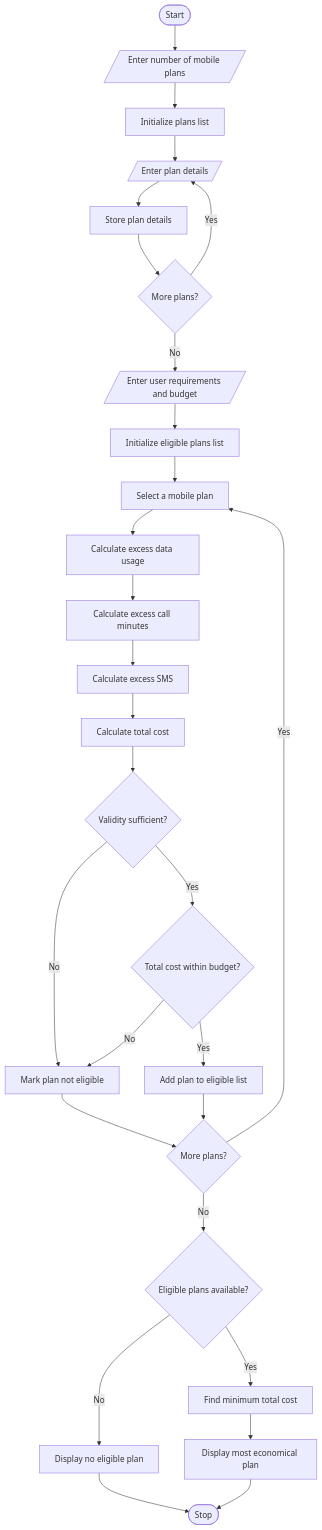
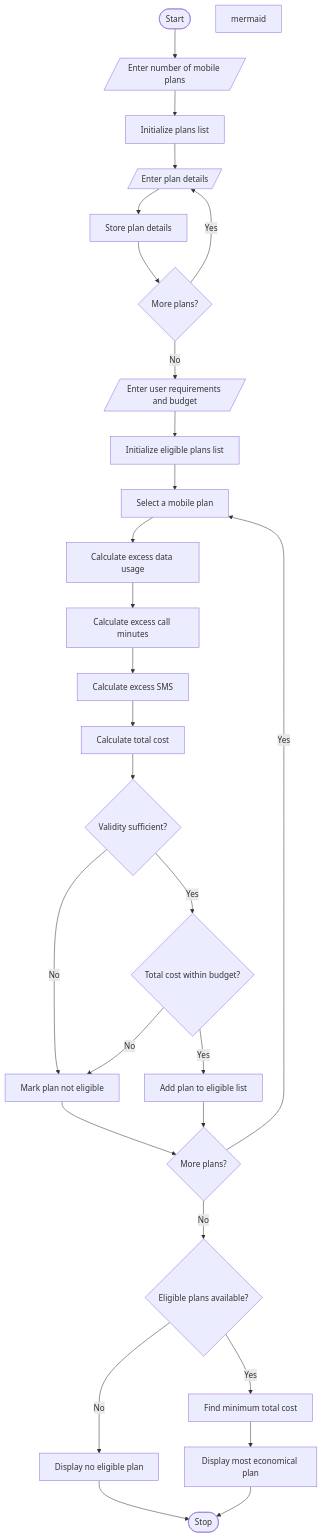
Before and after one commit to chvarshini00/2026-27_231pythonprogrmming: the diagram in task-1/code.md, drawn with Mermaid.

Commit message:
Include Mermaid flowchart in code documentation
Added Mermaid flowchart code for mobile plans evaluation.

`````diff
--- a/task-1/code.md
+++ b/task-1/code.md
@@ -135,30 +135,35 @@
 ``` mermaid
+
     flowchart TD
     A([Start]) --> B[/Enter number of mobile plans/]
     B --> C[Initialize plans list]
     C --> D[/Enter plan details/]
     D --> E[Store plan details]
     E --> F{More plans?}
     F -->|Yes| D
     F -->|No| G[/Enter user requirements and budget/]
     G --> H[Initialize eligible plans list]
     H --> I[Select a mobile plan]
     I --> J[Calculate excess data usage]
     J --> K[Calculate excess call minutes]
     K --> L[Calculate excess SMS]
     L --> M[Calculate total cost]
     M --> N{Validity sufficient?}
     N -->|No| O[Mark plan not eligible]
     N -->|Yes| P{Total cost within budget?}
     P -->|No| O
     P -->|Yes| Q[Add plan to eligible list]
     O --> R{More plans?}
     Q --> R
     R -->|Yes| I
     R -->|No| S{Eligible plans available?}
     S -->|No| T[Display no eligible plan]
     S -->|Yes| U[Find minimum total cost]
     U --> V[Display most economical plan]
     T --> W([Stop])
     V --> W
-````
+mermaid
+
+
+
+```
`````
